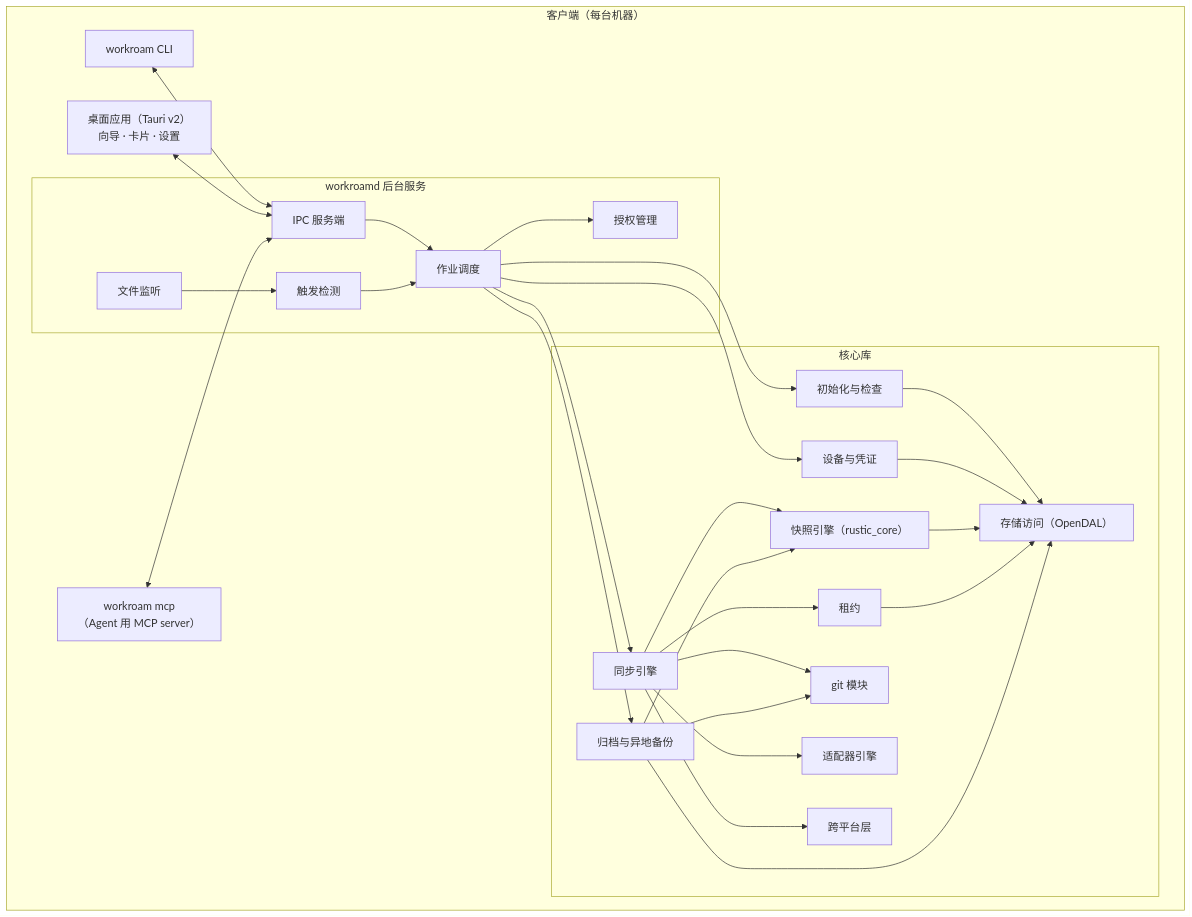
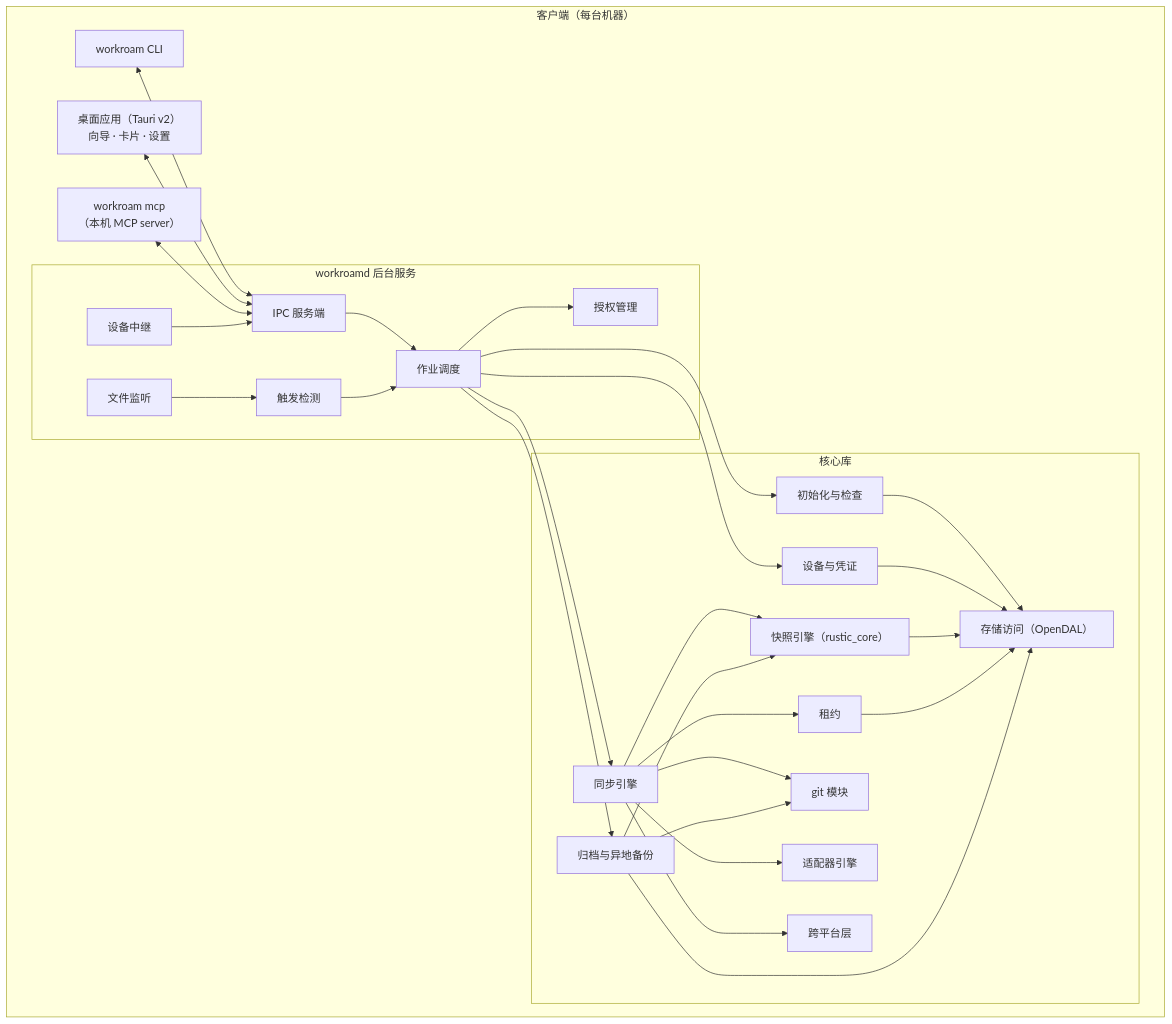
One commit to kverona-ai/workroam changed the second of 15 diagrams in docs/architecture.md. Above: the diagram before and after it, drawn with Mermaid. The commit also changed other lines of this file and 7 other files, not shown here.

````diff
--- a/docs/architecture.md
+++ b/docs/architecture.md
@@ -89,41 +92,43 @@
 ```mermaid
 flowchart TB
     subgraph Client["客户端（每台机器）"]
         CLI["workroam CLI"]
         App["桌面应用（Tauri v2）<br/>向导 · 卡片 · 设置"]
-        MCP["workroam mcp<br/>（Agent 用 MCP server）"]
+        MCP["workroam mcp<br/>（本机 MCP server）"]
         subgraph D["workroamd 后台服务"]
             API["IPC 服务端"]
             Jobs["作业调度"]
             Trig["触发检测"]
             Watch["文件监听"]
             Appr["授权管理"]
+            Relay["设备中继"]
         end
         subgraph Core["核心库"]
             Setup["初始化与检查"]
             Dev["设备与凭证"]
             Engine["同步引擎"]
             Snap["快照引擎（rustic_core）"]
             Lease["租约"]
             Git["git 模块"]
             Adpt["适配器引擎"]
             XP["跨平台层"]
             Store["存储访问（OpenDAL）"]
             Arc["归档与异地备份"]
         end
     end
     CLI <--> API
     App <--> API
     MCP <--> API
     API --> Jobs
+    Relay --> API
     Watch --> Trig --> Jobs
     Jobs --> Appr
     Jobs --> Setup & Dev & Engine & Arc
     Engine --> Snap & Lease & Git & Adpt & XP
     Arc --> Snap & Git
     Setup --> Store
     Dev --> Store
     Snap --> Store
     Lease --> Store
     Arc --> Store
 ```
````
